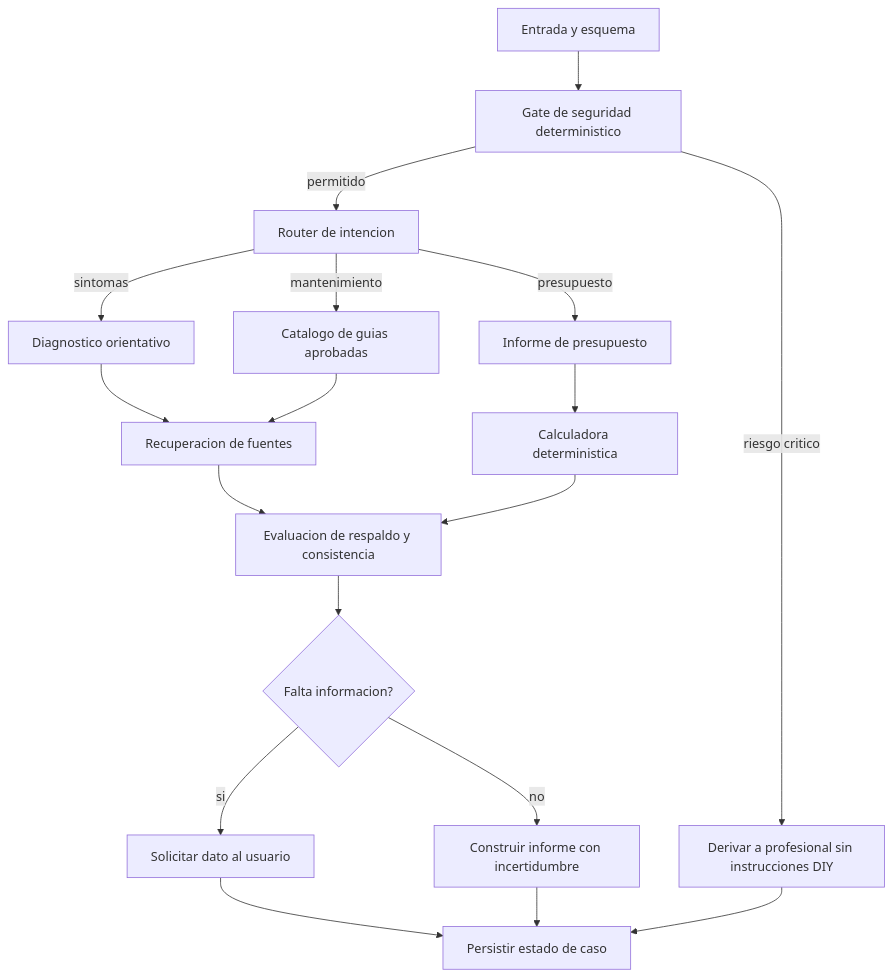
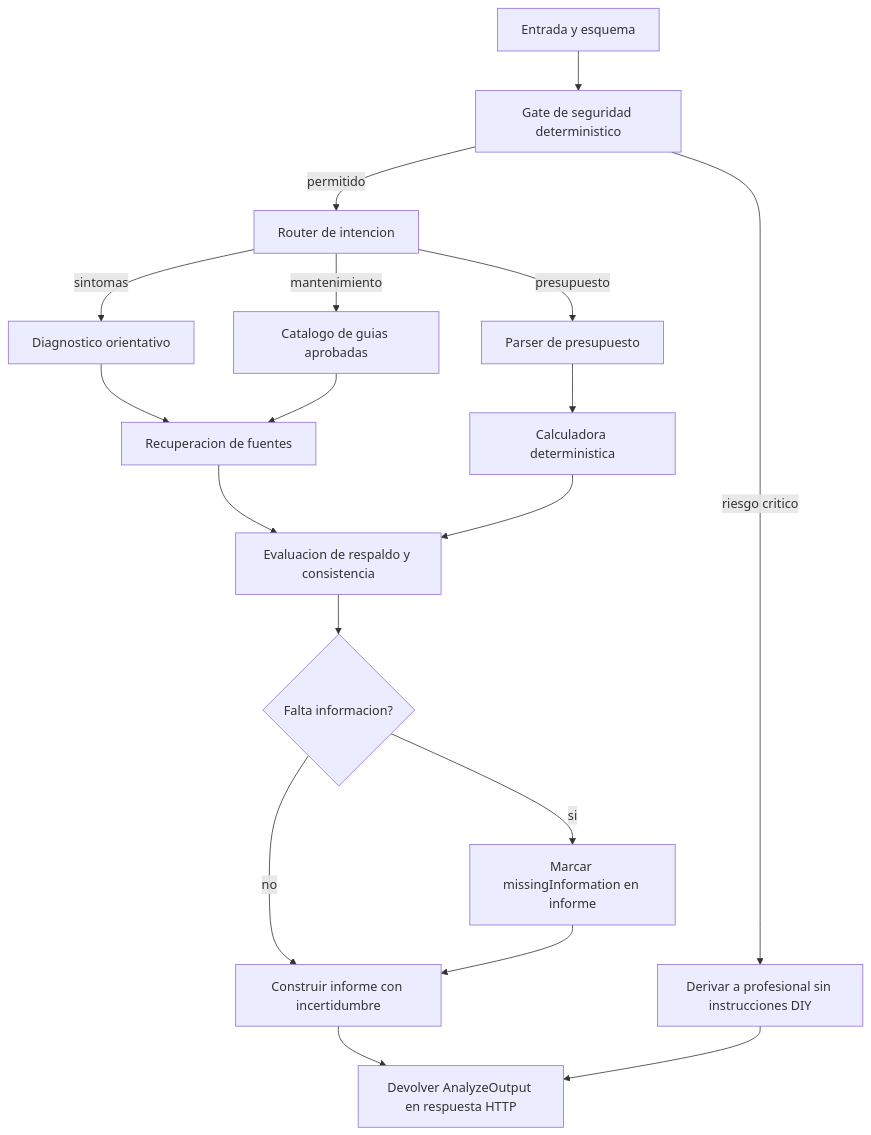
One commit to Esteban015/chuya-motor changed the diagram in docs/AGENT_ORCHESTRATION.md. Above: the diagram before and after it, drawn with Mermaid. The commit also changed other lines of this file and 35 other files, not shown here.

````diff
--- a/docs/AGENT_ORCHESTRATION.md
+++ b/docs/AGENT_ORCHESTRATION.md
@@ -11,20 +11,20 @@
 ```mermaid
 flowchart TD
   A[Entrada y esquema] --> B[Gate de seguridad deterministico]
   B -->|riesgo critico| X[Derivar a profesional sin instrucciones DIY]
   B -->|permitido| C[Router de intencion]
   C -->|sintomas| D[Diagnostico orientativo]
-  C -->|presupuesto| E[Informe de presupuesto]
+  C -->|presupuesto| E[Parser de presupuesto]
   C -->|mantenimiento| F[Catalogo de guias aprobadas]
   D --> G[Recuperacion de fuentes]
   E --> H[Calculadora deterministica]
   F --> G
   G --> I[Evaluacion de respaldo y consistencia]
   H --> I
   I --> J{Falta informacion?}
-  J -->|si| K[Solicitar dato al usuario]
+  J -->|si| K[Marcar missingInformation en informe]
   J -->|no| L[Construir informe con incertidumbre]
-  K --> M[Persistir estado de caso]
-  L --> M
-  X --> M
+  K --> L
+  L --> N[Devolver AnalyzeOutput en respuesta HTTP]
+  X --> N
 ```
````
